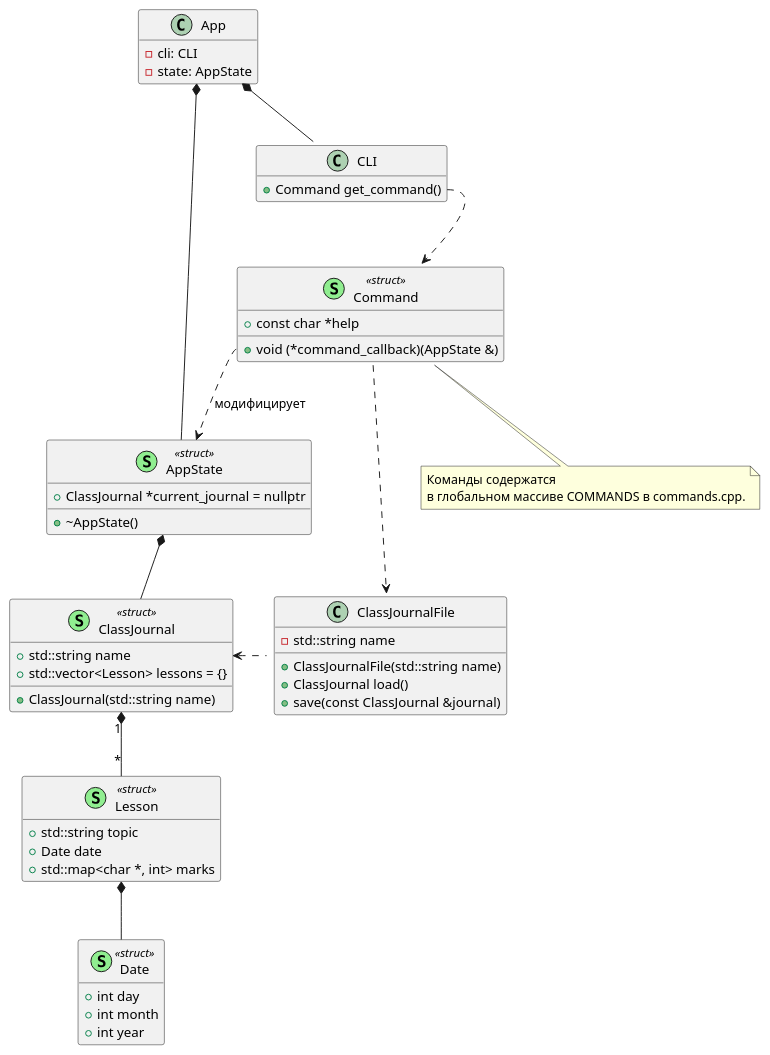
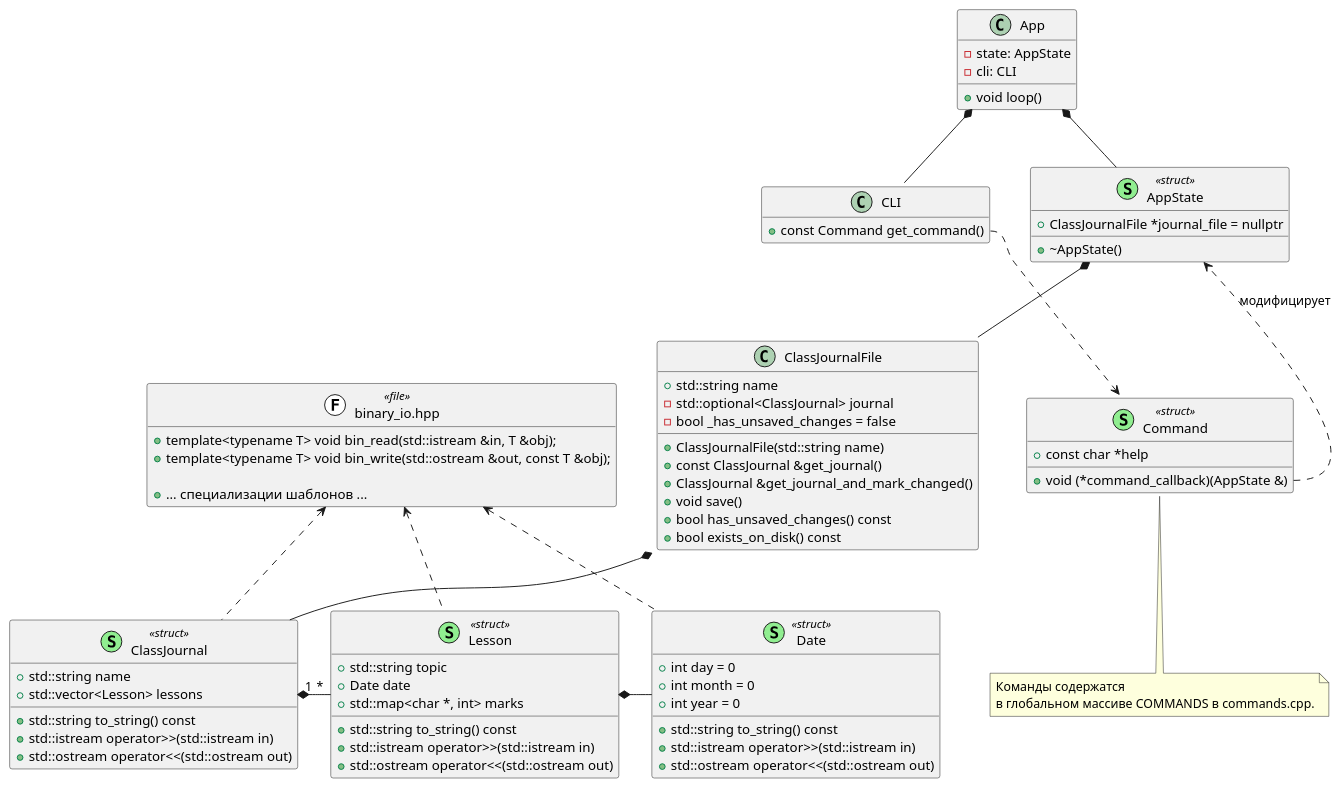
One commit to pivandco/university changed the diagram in IOOverride/9/classes.puml. Above: the diagram before and after it, drawn with PlantUML. The commit also changed 20 other files, not shown here.

```diff
--- a/IOOverride/9/classes.puml
+++ b/IOOverride/9/classes.puml
@@ -1,81 +1,96 @@
 @startuml IO_Override_9
 
 hide empty members
 remove FileIsEmptyException
+set namespaceSeparator none
 
 class App {
+    - state: AppState
     - cli: CLI
-    - state: AppState
+
+    + void loop()
 }
 App *-- CLI
 App *-- AppState
 
 together {
     class CLI {
-        + Command get_command()
+        + const Command get_command()
     }
     ' App ..> Command : получает
     CLI::get_command ..> Command
 
     class AppState <<(S,lightgreen) struct>> {
-        + ClassJournal *current_journal = nullptr
+        + ClassJournalFile *journal_file = nullptr
 
         + ~AppState()
     }
-    AppState *-- ClassJournal
+    AppState *-- ClassJournalFile
 }
-
 
 class Command <<(S,lightgreen) struct>> {
     + const char *help
     + void (*command_callback)(AppState &)
 }
 note bottom : Команды содержатся\nв глобальном массиве COMMANDS в commands.cpp.
 Command::command_callback ..> AppState : модифицирует
-Command ..> ClassJournalFile
 
-together {
-    class ClassJournalFile {
-        - std::string name
+class ClassJournalFile {
+    + std::string name
+    - std::optional<ClassJournal> journal
+    - bool _has_unsaved_changes = false
 
-        + ClassJournalFile(std::string name)
-        + ClassJournal load()
-        + save(const ClassJournal &journal)
-    }
-    ClassJournalFile .left.> ClassJournal
+    + ClassJournalFile(std::string name)
+    + const ClassJournal &get_journal()
+    + ClassJournal &get_journal_and_mark_changed()
+    + void save()
+    + bool has_unsaved_changes() const
+    + bool exists_on_disk() const
+}
+ClassJournalFile *-- ClassJournal
 
-    class FileIsEmptyException <<(E,red) exception>>
-    FileIsEmptyException <. ClassJournalFile::load
+class FileIsEmptyException <<(E,red) exception>>
+FileIsEmptyException <. ClassJournalFile::load
 
-    class ClassJournal <<(S,lightgreen) struct>> {
-        + std::string name
-        + std::vector<Lesson> lessons = {}
+class ClassJournal <<(S,lightgreen) struct>> {
+    + std::string name
+    + std::vector<Lesson> lessons
 
-        + ClassJournal(std::string name)
-        ' .. Переопределение I/O ..
-        ' + std::istream operator>>(std::istream in)
-        ' + std::ostream operator<<(std::ostream out)
-    }
-    ClassJournal "1" *-- "*" Lesson
+    + std::string to_string() const
+    + std::istream operator>>(std::istream in)
+    + std::ostream operator<<(std::ostream out)
 }
+ClassJournal "1" *- "*" Lesson
 
 class Lesson <<(S,lightgreen) struct>> {
     + std::string topic
     + Date date
     + std::map<char *, int> marks
-    ' .. Переопределение I/O ..
-    ' + std::istream operator>>(std::istream in)
-    ' + std::ostream operator<<(std::ostream out)
+
+    + std::string to_string() const
+    + std::istream operator>>(std::istream in)
+    + std::ostream operator<<(std::ostream out)
 }
-Lesson *-- Date
+Lesson *- Date
 
 class Date <<(S,lightgreen) struct>> {
-    + int day
-    + int month
-    + int year
-    ' .. Переопределение I/O ..
-    ' + std::istream operator>>(std::istream in)
-    ' + std::ostream operator<<(std::ostream out)
+    + int day = 0
+    + int month = 0
+    + int year = 0
+
+    + std::string to_string() const
+    + std::istream operator>>(std::istream in)
+    + std::ostream operator<<(std::ostream out)
 }
 
+class binary_io.hpp <<(F,white) file>> {
+    + template<typename T> void bin_read(std::istream &in, T &obj);
+    + template<typename T> void bin_write(std::ostream &out, const T &obj);
+
+    + {method} ... специализации шаблонов ...
+}
+binary_io.hpp <.. ClassJournal
+binary_io.hpp <.. Lesson
+binary_io.hpp <.. Date
+
 @enduml
```
